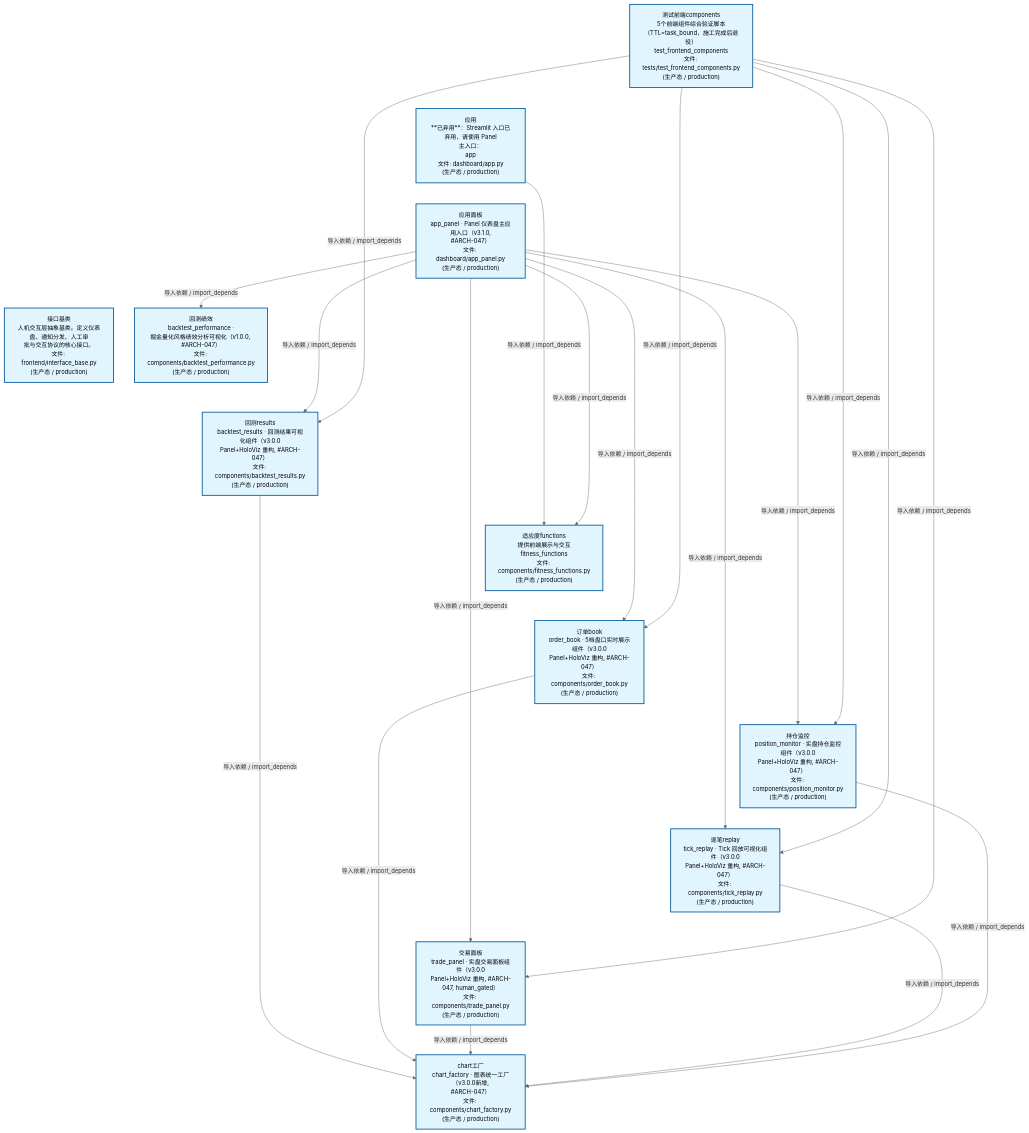
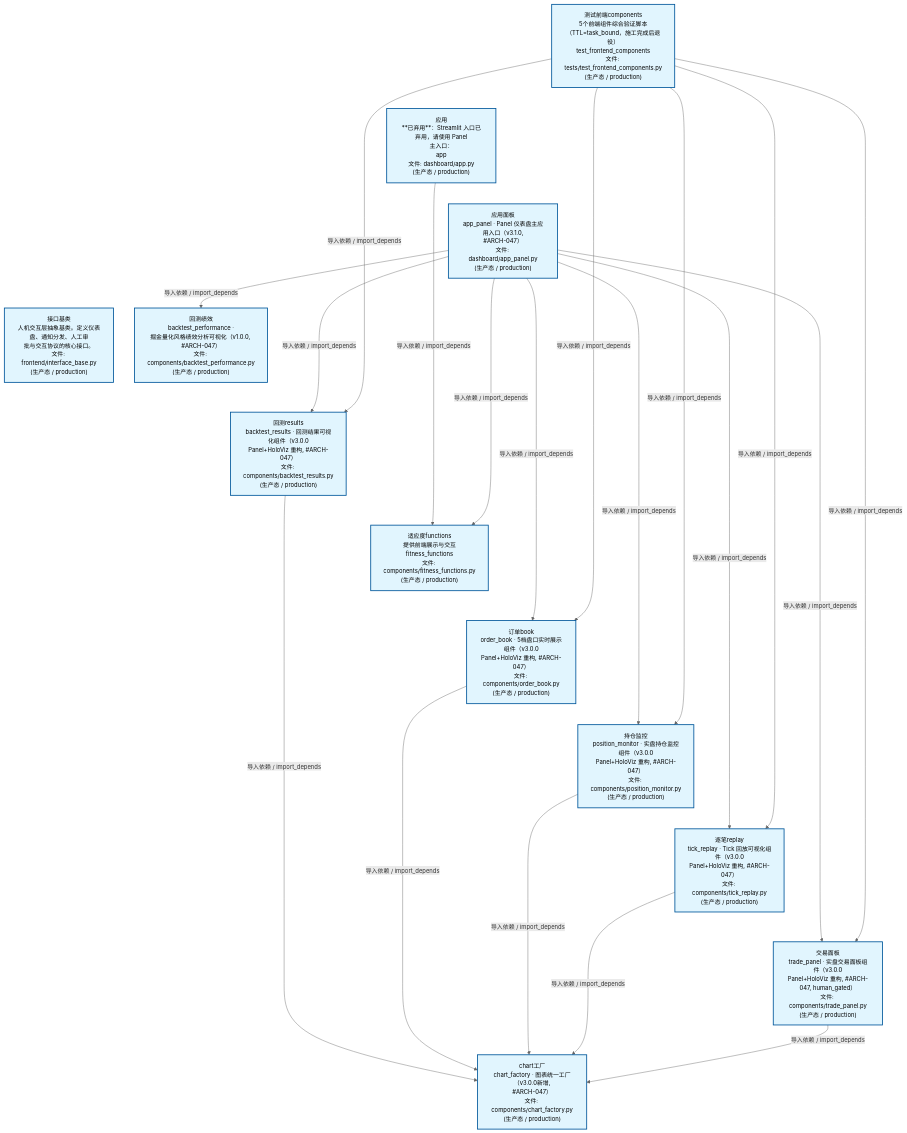
The second of 4 diagrams in docs/02_enterprise_architecture/02_domain_architecture_docs/47_d_frontend.md (xuanFelixVan/ZephyrAlpha), drawn with Mermaid before and after one commit. The commit also changed other lines of this file and 43 other files, not shown here.

````diff
--- a/docs/02_enterprise_architecture/02_domain_architecture_docs/47_d_frontend.md
+++ b/docs/02_enterprise_architecture/02_domain_architecture_docs/47_d_frontend.md
@@ -124,48 +124,48 @@
 ```mermaid
 %%{init: {'theme': 'base', 'themeVariables': {'primaryColor': '#eaeaea', 'primaryTextColor': '#333333', 'primaryBorderColor': '#666666', 'lineColor': '#666666', 'secondaryColor': '#eaeaea', 'tertiaryColor': '#eaeaea', 'fontSize': '14px'}}}%%
 flowchart TD
     scripts_tests_test_frontend_components_py["测试前端components<br/>5个前端组件综合验证脚本<br/>（TTL=task_bound，施工完成后退役）<br/>test_frontend_components<br/>文件: tests/test_frontend_components.py<br/>(生产态 / production)"]
     src_zephyr_frontend_dashboard_app_py["应用<br/>**已弃用**：Streamlit 入口已弃用，请使用 Panel<br/>主入口：<br/>app<br/>文件: dashboard/app.py<br/>(生产态 / production)"]
     src_zephyr_frontend_dashboard_app_panel_py["应用面板<br/>app_panel · Panel 仪表盘主应用入口（v3.1.0,<br/>#ARCH-047）<br/>文件: dashboard/app_panel.py<br/>(生产态 / production)"]
     src_zephyr_frontend_interface_base_py["接口基类<br/>人机交互层抽象基类。定义仪表盘、通知分发、人工审<br/>批与交互协议的核心接口。<br/>文件: frontend/interface_base.py<br/>(生产态 / production)"]
     scripts_tests_test_frontend_components_py ~~~ src_zephyr_frontend_dashboard_app_py
     src_zephyr_frontend_dashboard_app_py ~~~ src_zephyr_frontend_dashboard_app_panel_py
     src_zephyr_frontend_dashboard_app_panel_py ~~~ src_zephyr_frontend_interface_base_py
     src_zephyr_frontend_dashboard_components_backtest_performance_py["回测绩效<br/>backtest_performance ·<br/>掘金量化风格绩效分析可视化（v1.0.0, #ARCH-047）<br/>文件: components/backtest_performance.py<br/>(生产态 / production)"]
     src_zephyr_frontend_dashboard_components_backtest_results_py["回测results<br/>backtest_results · 回测结果可视化组件（v3.0.0<br/>Panel+HoloViz 重构, #ARCH-047）<br/>文件: components/backtest_results.py<br/>(生产态 / production)"]
     src_zephyr_frontend_dashboard_components_fitness_functions_py["适应度functions<br/>提供前端展示与交互<br/>fitness_functions<br/>文件: components/fitness_functions.py<br/>(生产态 / production)"]
     src_zephyr_frontend_dashboard_components_order_book_py["订单book<br/>order_book · 5档盘口实时展示组件（v3.0.0<br/>Panel+HoloViz 重构, #ARCH-047）<br/>文件: components/order_book.py<br/>(生产态 / production)"]
     src_zephyr_frontend_dashboard_components_position_monitor_py["持仓监控<br/>position_monitor · 实盘持仓监控组件（v3.0.0<br/>Panel+HoloViz 重构, #ARCH-047）<br/>文件: components/position_monitor.py<br/>(生产态 / production)"]
     src_zephyr_frontend_dashboard_components_tick_replay_py["逐笔replay<br/>tick_replay · Tick 回放可视化组件（v3.0.0<br/>Panel+HoloViz 重构, #ARCH-047）<br/>文件: components/tick_replay.py<br/>(生产态 / production)"]
     src_zephyr_frontend_dashboard_components_trade_panel_py["交易面板<br/>trade_panel · 实盘交易面板组件（v3.0.0<br/>Panel+HoloViz 重构, #ARCH-047, human_gated）<br/>文件: components/trade_panel.py<br/>(生产态 / production)"]
     src_zephyr_frontend_dashboard_components_backtest_performance_py ~~~ src_zephyr_frontend_dashboard_components_backtest_results_py
     src_zephyr_frontend_dashboard_components_backtest_results_py ~~~ src_zephyr_frontend_dashboard_components_fitness_functions_py
     src_zephyr_frontend_dashboard_components_fitness_functions_py ~~~ src_zephyr_frontend_dashboard_components_order_book_py
     src_zephyr_frontend_dashboard_components_order_book_py ~~~ src_zephyr_frontend_dashboard_components_position_monitor_py
     src_zephyr_frontend_dashboard_components_position_monitor_py ~~~ src_zephyr_frontend_dashboard_components_tick_replay_py
     src_zephyr_frontend_dashboard_components_tick_replay_py ~~~ src_zephyr_frontend_dashboard_components_trade_panel_py
     src_zephyr_frontend_dashboard_components_chart_factory_py["chart工厂<br/>chart_factory · 图表统一工厂（v3.0.0新增,<br/>#ARCH-047）<br/>文件: components/chart_factory.py<br/>(生产态 / production)"]
     src_zephyr_frontend_dashboard_app_py -->|导入依赖 / import_depends| src_zephyr_frontend_dashboard_components_fitness_functions_py
+    src_zephyr_frontend_dashboard_app_panel_py -->|导入依赖 / import_depends| src_zephyr_frontend_dashboard_components_backtest_performance_py
+    src_zephyr_frontend_dashboard_app_panel_py -->|导入依赖 / import_depends| src_zephyr_frontend_dashboard_components_backtest_results_py
+    src_zephyr_frontend_dashboard_app_panel_py -->|导入依赖 / import_depends| src_zephyr_frontend_dashboard_components_order_book_py
+    src_zephyr_frontend_dashboard_app_panel_py -->|导入依赖 / import_depends| src_zephyr_frontend_dashboard_components_position_monitor_py
+    src_zephyr_frontend_dashboard_app_panel_py -->|导入依赖 / import_depends| src_zephyr_frontend_dashboard_components_fitness_functions_py
+    src_zephyr_frontend_dashboard_app_panel_py -->|导入依赖 / import_depends| src_zephyr_frontend_dashboard_components_tick_replay_py
+    src_zephyr_frontend_dashboard_app_panel_py -->|导入依赖 / import_depends| src_zephyr_frontend_dashboard_components_trade_panel_py
     src_zephyr_frontend_dashboard_components_backtest_results_py -->|导入依赖 / import_depends| src_zephyr_frontend_dashboard_components_chart_factory_py
-    src_zephyr_frontend_dashboard_app_panel_py -->|导入依赖 / import_depends| src_zephyr_frontend_dashboard_components_backtest_results_py
-    src_zephyr_frontend_dashboard_app_panel_py -->|导入依赖 / import_depends| src_zephyr_frontend_dashboard_components_fitness_functions_py
-    src_zephyr_frontend_dashboard_app_panel_py -->|导入依赖 / import_depends| src_zephyr_frontend_dashboard_components_backtest_performance_py
-    src_zephyr_frontend_dashboard_app_panel_py -->|导入依赖 / import_depends| src_zephyr_frontend_dashboard_components_order_book_py
-    src_zephyr_frontend_dashboard_app_panel_py -->|导入依赖 / import_depends| src_zephyr_frontend_dashboard_components_trade_panel_py
-    src_zephyr_frontend_dashboard_app_panel_py -->|导入依赖 / import_depends| src_zephyr_frontend_dashboard_components_tick_replay_py
-    src_zephyr_frontend_dashboard_app_panel_py -->|导入依赖 / import_depends| src_zephyr_frontend_dashboard_components_position_monitor_py
     src_zephyr_frontend_dashboard_components_order_book_py -->|导入依赖 / import_depends| src_zephyr_frontend_dashboard_components_chart_factory_py
+    src_zephyr_frontend_dashboard_components_position_monitor_py -->|导入依赖 / import_depends| src_zephyr_frontend_dashboard_components_chart_factory_py
+    src_zephyr_frontend_dashboard_components_tick_replay_py -->|导入依赖 / import_depends| src_zephyr_frontend_dashboard_components_chart_factory_py
     src_zephyr_frontend_dashboard_components_trade_panel_py -->|导入依赖 / import_depends| src_zephyr_frontend_dashboard_components_chart_factory_py
-    src_zephyr_frontend_dashboard_components_tick_replay_py -->|导入依赖 / import_depends| src_zephyr_frontend_dashboard_components_chart_factory_py
-    src_zephyr_frontend_dashboard_components_position_monitor_py -->|导入依赖 / import_depends| src_zephyr_frontend_dashboard_components_chart_factory_py
     scripts_tests_test_frontend_components_py -->|导入依赖 / import_depends| src_zephyr_frontend_dashboard_components_backtest_results_py
     scripts_tests_test_frontend_components_py -->|导入依赖 / import_depends| src_zephyr_frontend_dashboard_components_order_book_py
+    scripts_tests_test_frontend_components_py -->|导入依赖 / import_depends| src_zephyr_frontend_dashboard_components_position_monitor_py
+    scripts_tests_test_frontend_components_py -->|导入依赖 / import_depends| src_zephyr_frontend_dashboard_components_tick_replay_py
     scripts_tests_test_frontend_components_py -->|导入依赖 / import_depends| src_zephyr_frontend_dashboard_components_trade_panel_py
-    scripts_tests_test_frontend_components_py -->|导入依赖 / import_depends| src_zephyr_frontend_dashboard_components_tick_replay_py
-    scripts_tests_test_frontend_components_py -->|导入依赖 / import_depends| src_zephyr_frontend_dashboard_components_position_monitor_py
     classDef production fill:#e1f5fe,stroke:#01579b,stroke-width:2px,color:#000
     classDef design fill:#fff3e0,stroke:#e65100,stroke-width:2px,color:#000,stroke-dasharray: 5 5
     classDef external_prod fill:#e8f4fd,stroke:#0277bd,stroke-width:1px,color:#000
     classDef external_design fill:#fff8e7,stroke:#ef6c00,stroke-width:1px,color:#000,stroke-dasharray: 5 5
     class scripts_tests_test_frontend_components_py,src_zephyr_frontend_dashboard_app_py,src_zephyr_frontend_dashboard_app_panel_py,src_zephyr_frontend_dashboard_components_backtest_performance_py,src_zephyr_frontend_dashboard_components_backtest_results_py,src_zephyr_frontend_dashboard_components_chart_factory_py,src_zephyr_frontend_dashboard_components_fitness_functions_py,src_zephyr_frontend_dashboard_components_order_book_py,src_zephyr_frontend_dashboard_components_position_monitor_py,src_zephyr_frontend_dashboard_components_tick_replay_py,src_zephyr_frontend_dashboard_components_trade_panel_py,src_zephyr_frontend_interface_base_py production
 ```
````
